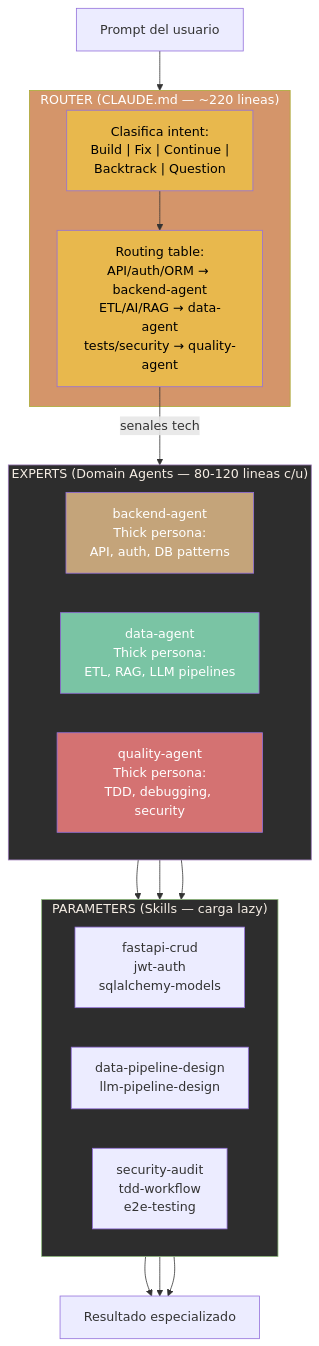
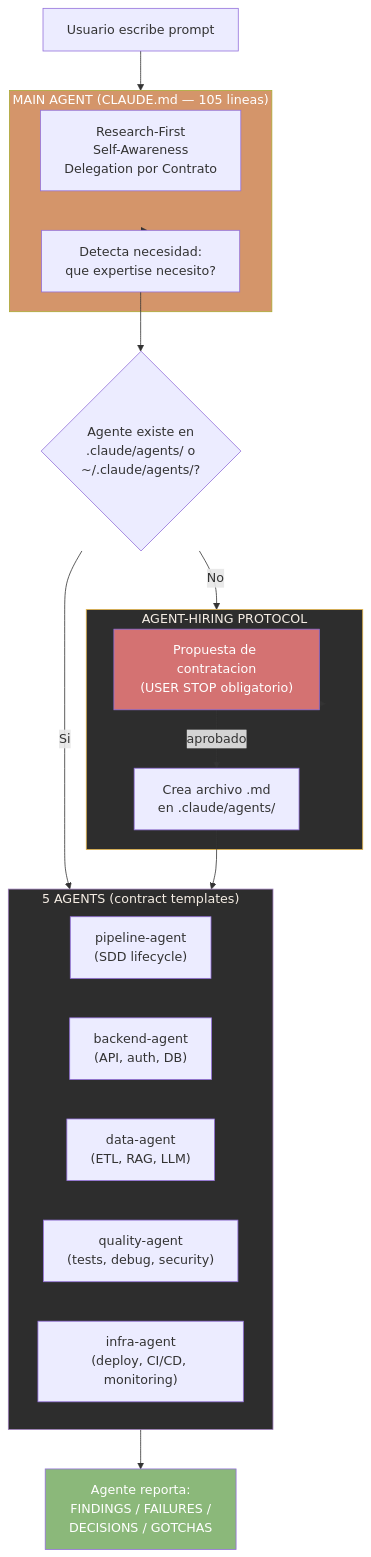
Before and after one commit to jota-batuta/batuta-dots: the second of 14 diagrams in docs/architecture/arquitectura-diagrama.md, drawn with Mermaid. The commit also changed other lines of this file and 120 other files, not shown here.

First line of the commit message:
feat(v15): simplification refactor — contracts, PRD, 2 modes, research-first

````diff
--- a/docs/architecture/arquitectura-diagrama.md
+++ b/docs/architecture/arquitectura-diagrama.md
@@ -66,44 +51,37 @@
 ```mermaid
 flowchart TD
-    INPUT["Prompt del usuario"]
+    USER["Usuario escribe prompt"]
 
-    subgraph ROUTER["ROUTER (CLAUDE.md — ~220 lineas)"]
-        CLASSIFY["Clasifica intent:<br/>Build | Fix | Continue |<br/>Backtrack | Question"]
-        ROUTE["Routing table:<br/>API/auth/ORM → backend-agent<br/>ETL/AI/RAG → data-agent<br/>tests/security → quality-agent"]
+    subgraph MAIN["MAIN AGENT (CLAUDE.md — 105 lineas)"]
+        RULES["Research-First<br/>Self-Awareness<br/>Delegation por Contrato"]
+        DETECT["Detecta necesidad:<br/>que expertise necesito?"]
     end
 
-    subgraph EXPERTS["EXPERTS (Domain Agents — 80-120 lineas c/u)"]
-        direction LR
-        BACKEND_E["backend-agent<br/>Thick persona:<br/>API, auth, DB patterns"]
-        DATA_E["data-agent<br/>Thick persona:<br/>ETL, RAG, LLM pipelines"]
-        QUALITY_E["quality-agent<br/>Thick persona:<br/>TDD, debugging, security"]
+    CHECK{"Agente existe en<br/>.claude/agents/ o<br/>~/.claude/agents/?"}
+
+    subgraph HIRE["AGENT-HIRING PROTOCOL"]
+        PROPOSE["Propuesta de contratacion<br/>(USER STOP obligatorio)"]
+        CREATE_AGENT["Crea archivo .md<br/>en .claude/agents/"]
     end
 
-    subgraph PARAMETERS["PARAMETERS (Skills — carga lazy)"]
-        direction LR
-        SK1["fastapi-crud<br/>jwt-auth<br/>sqlalchemy-models"]
-        SK2["data-pipeline-design<br/>llm-pipeline-design"]
-        SK3["security-audit<br/>tdd-workflow<br/>e2e-testing"]
+    subgraph AGENTS["5 AGENTS (contract templates)"]
+        PIPELINE["pipeline-agent<br/>(SDD lifecycle)"]
+        BACKEND["backend-agent<br/>(API, auth, DB)"]
+        DATA["data-agent<br/>(ETL, RAG, LLM)"]
+        QUALITY["quality-agent<br/>(tests, debug, security)"]
+        INFRA["infra-agent<br/>(deploy, CI/CD, monitoring)"]
     end
 
-    OUTPUT["Resultado especializado"]
+    REPORT["Agente reporta:<br/>FINDINGS / FAILURES /<br/>DECISIONS / GOTCHAS"]
 
-    INPUT --> ROUTER
-    CLASSIFY --> ROUTE
-    ROUTE -->|"senales tech"| EXPERTS
-    BACKEND_E --> SK1
-    DATA_E --> SK2
-    QUALITY_E --> SK3
-    SK1 --> OUTPUT
-    SK2 --> OUTPUT
-    SK3 --> OUTPUT
+    USER --> MAIN --> DETECT --> CHECK
+    CHECK -->|"Si"| AGENTS
+    CHECK -->|"No"| HIRE --> PROPOSE -->|"aprobado"| CREATE_AGENT --> AGENTS
+    AGENTS --> REPORT
 
-    style ROUTER fill:#D4956A,color:#fff
-    style EXPERTS fill:#2d2d2d,stroke:#9B7AB8,color:#F5EDE4
-    style PARAMETERS fill:#2d2d2d,stroke:#8BB87A,color:#F5EDE4
-    style CLASSIFY fill:#E8B84D,color:#000
-    style ROUTE fill:#E8B84D,color:#000
-    style BACKEND_E fill:#C4A47A,color:#fff
-    style DATA_E fill:#7AC4A4,color:#fff
-    style QUALITY_E fill:#D47272,color:#fff
+    style MAIN fill:#D4956A,color:#fff
+    style HIRE fill:#2d2d2d,stroke:#E8B84D,color:#F5EDE4
+    style AGENTS fill:#2d2d2d,stroke:#9B7AB8,color:#F5EDE4
+    style REPORT fill:#8BB87A,color:#fff
+    style PROPOSE fill:#D47272,color:#fff
 ```
````
